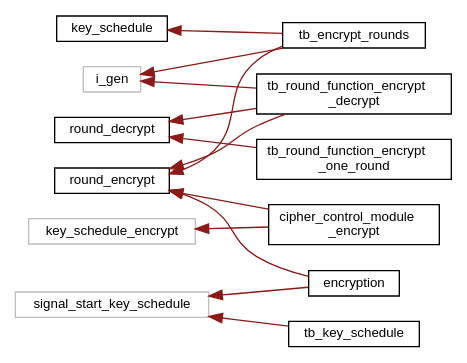
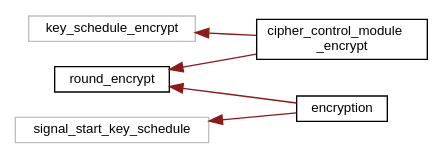
Before and after one commit to FlorianFrank/SPECK_Cipher_Verilog: the diagram in inherit_graph_0.dot, drawn with Graphviz. The commit also changed 161 other files, not shown here.

```diff
--- a/inherit_graph_0.dot
+++ b/inherit_graph_0.dot
@@ -1,31 +1,16 @@
 digraph "Graphical Class Hierarchy"
 {
  // INTERACTIVE_SVG=YES
   edge [fontname="Helvetica",fontsize="10",labelfontname="Helvetica",labelfontsize="10"];
   node [fontname="Helvetica",fontsize="10",shape=record];
   rankdir="LR";
-  Node14 [label="i_gen",height=0.2,width=0.4,color="grey75", fillcolor="white", style="filled"];
-  Node14 -> Node8 [dir="back",color="firebrick4",fontsize="10",style="solid",fontname="Helvetica"];
-  Node8 [label="tb_encrypt_rounds",height=0.2,width=0.4,color="black", fillcolor="white", style="filled",URL="$d6/dbf/enumtb__encrypt__rounds.html"];
-  Node14 -> Node9 [dir="back",color="firebrick4",fontsize="10",style="solid",fontname="Helvetica"];
-  Node9 [label="tb_round_function_encrypt\l_decrypt",height=0.2,width=0.4,color="black", fillcolor="white", style="filled",URL="$de/d77/enumtb__round__function__encrypt__decrypt.html"];
-  Node13 [label="key_schedule",height=0.2,width=0.4,color="black", fillcolor="white", style="filled",URL="$d4/daf/enumkey__schedule.html"];
-  Node13 -> Node8 [dir="back",color="firebrick4",fontsize="10",style="solid",fontname="Helvetica"];
-  Node12 [label="key_schedule_encrypt",height=0.2,width=0.4,color="grey75", fillcolor="white", style="filled"];
-  Node12 -> Node7 [dir="back",color="firebrick4",fontsize="10",style="solid",fontname="Helvetica"];
-  Node7 [label="cipher_control_module\l_encrypt",height=0.2,width=0.4,color="black", fillcolor="white", style="filled",URL="$df/d49/enumcipher__control__module__encrypt.html"];
-  Node10 [label="round_decrypt",height=0.2,width=0.4,color="black", fillcolor="white", style="filled",URL="$d9/d37/enumround__decrypt.html"];
-  Node10 -> Node9 [dir="back",color="firebrick4",fontsize="10",style="solid",fontname="Helvetica"];
-  Node10 -> Node11 [dir="back",color="firebrick4",fontsize="10",style="solid",fontname="Helvetica"];
-  Node11 [label="tb_round_function_encrypt\l_one_round",height=0.2,width=0.4,color="black", fillcolor="white", style="filled",URL="$db/d4d/enumtb__round__function__encrypt__one__round.html"];
-  Node6 [label="round_encrypt",height=0.2,width=0.4,color="black", fillcolor="white", style="filled",URL="$d8/d2b/enumround__encrypt.html"];
-  Node6 -> Node7 [dir="back",color="firebrick4",fontsize="10",style="solid",fontname="Helvetica"];
-  Node6 -> Node0 [dir="back",color="firebrick4",fontsize="10",style="solid",fontname="Helvetica"];
+  Node10 [label="key_schedule_encrypt",height=0.2,width=0.4,color="grey75", fillcolor="white", style="filled"];
+  Node10 -> Node6 [dir="back",color="firebrick4",fontsize="10",style="solid",fontname="Helvetica"];
+  Node6 [label="cipher_control_module\l_encrypt",height=0.2,width=0.4,color="black", fillcolor="white", style="filled",URL="$df/d49/enumcipher__control__module__encrypt.html"];
+  Node5 [label="round_encrypt",height=0.2,width=0.4,color="black", fillcolor="white", style="filled",URL="$d8/d2b/enumround__encrypt.html"];
+  Node5 -> Node6 [dir="back",color="firebrick4",fontsize="10",style="solid",fontname="Helvetica"];
+  Node5 -> Node0 [dir="back",color="firebrick4",fontsize="10",style="solid",fontname="Helvetica"];
   Node0 [label="encryption",height=0.2,width=0.4,color="black", fillcolor="white", style="filled",URL="$d3/d48/enumencryption.html"];
-  Node6 -> Node8 [dir="back",color="firebrick4",fontsize="10",style="solid",fontname="Helvetica"];
-  Node6 -> Node9 [dir="back",color="firebrick4",fontsize="10",style="solid",fontname="Helvetica"];
   Node3 [label="signal_start_key_schedule",height=0.2,width=0.4,color="grey75", fillcolor="white", style="filled"];
   Node3 -> Node0 [dir="back",color="firebrick4",fontsize="10",style="solid",fontname="Helvetica"];
-  Node3 -> Node5 [dir="back",color="firebrick4",fontsize="10",style="solid",fontname="Helvetica"];
-  Node5 [label="tb_key_schedule",height=0.2,width=0.4,color="black", fillcolor="white", style="filled",URL="$dc/d71/enumtb__key__schedule.html"];
 }
```
